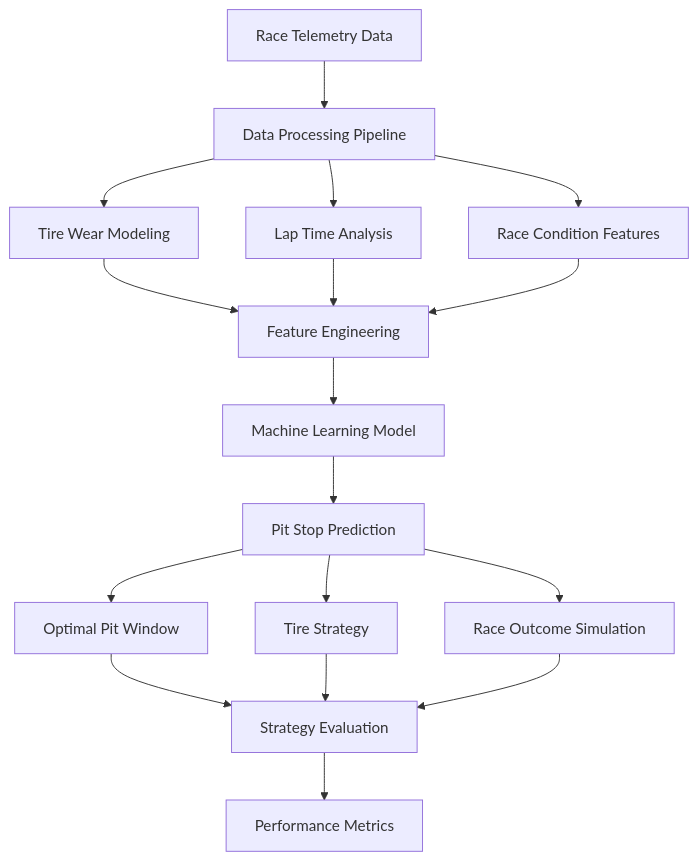
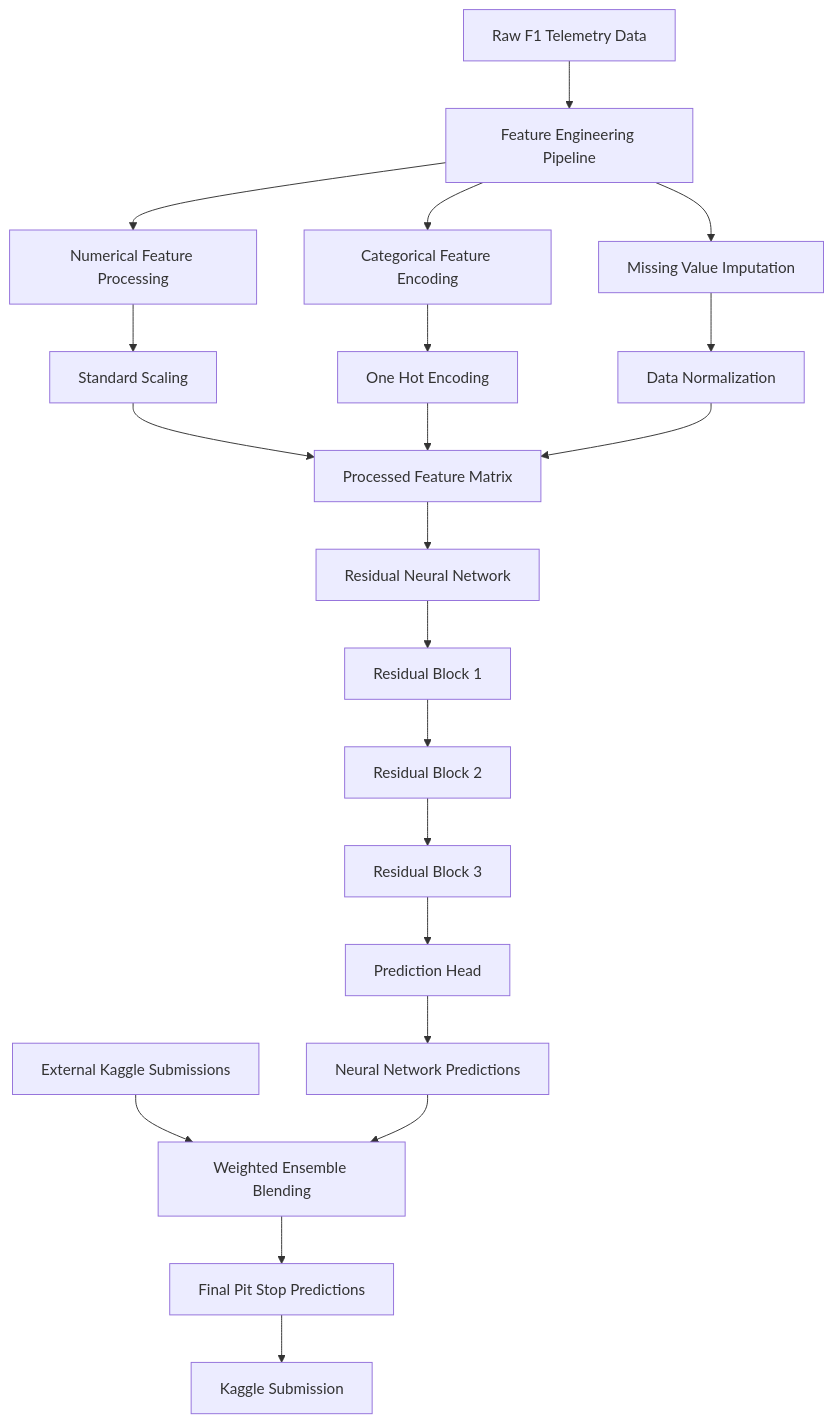
Before and after one commit to start-again-06/Predicting_F1_Pit_Stops: the second of 11 diagrams in README.md, drawn with Mermaid. The commit also changed other lines of this file, not shown here.

````diff
--- a/README.md
+++ b/README.md
@@ -53,27 +112,35 @@
 ```mermaid
 graph TD
 
-A[Race Telemetry Data] --> B[Data Processing Pipeline]
+A[Raw F1 Telemetry Data] --> B[Feature Engineering Pipeline]
 
-B --> C[Tire Wear Modeling]
-B --> D[Lap Time Analysis]
-B --> E[Race Condition Features]
+B --> C[Numerical Feature Processing]
+B --> D[Categorical Feature Encoding]
+B --> E[Missing Value Imputation]
 
-C --> F[Feature Engineering]
-D --> F
-E --> F
+C --> F[Standard Scaling]
+D --> G[One Hot Encoding]
+E --> H[Data Normalization]
 
-F --> G[Machine Learning Model]
+F --> I[Processed Feature Matrix]
+G --> I
+H --> I
 
-G --> H[Pit Stop Prediction]
+I --> J[Residual Neural Network]
 
-H --> I[Optimal Pit Window]
-H --> J[Tire Strategy]
-H --> K[Race Outcome Simulation]
+J --> K[Residual Block 1]
+K --> L[Residual Block 2]
+L --> M[Residual Block 3]
 
-I --> L[Strategy Evaluation]
-J --> L
-K --> L
+M --> N[Prediction Head]
 
-L --> M[Performance Metrics]
+N --> O[Neural Network Predictions]
+
+P[External Kaggle Submissions] --> Q[Weighted Ensemble Blending]
+
+O --> Q
+
+Q --> R[Final Pit Stop Predictions]
+
+R --> S[Kaggle Submission]
 ```
````
